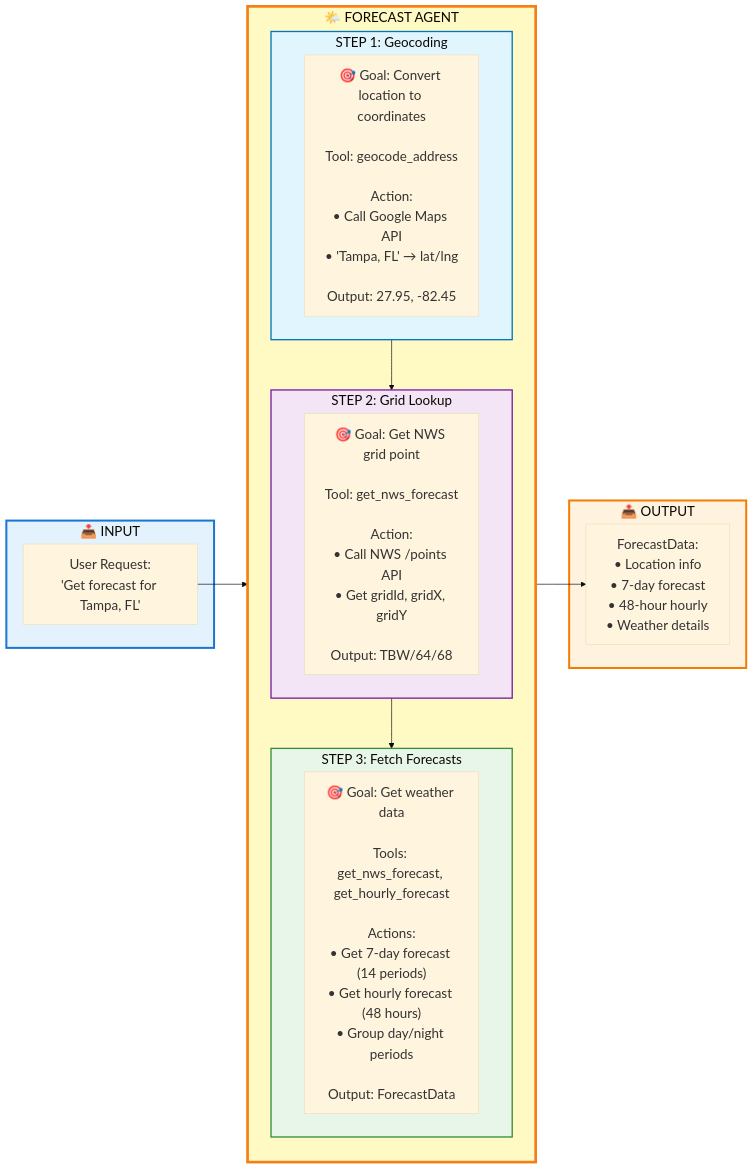
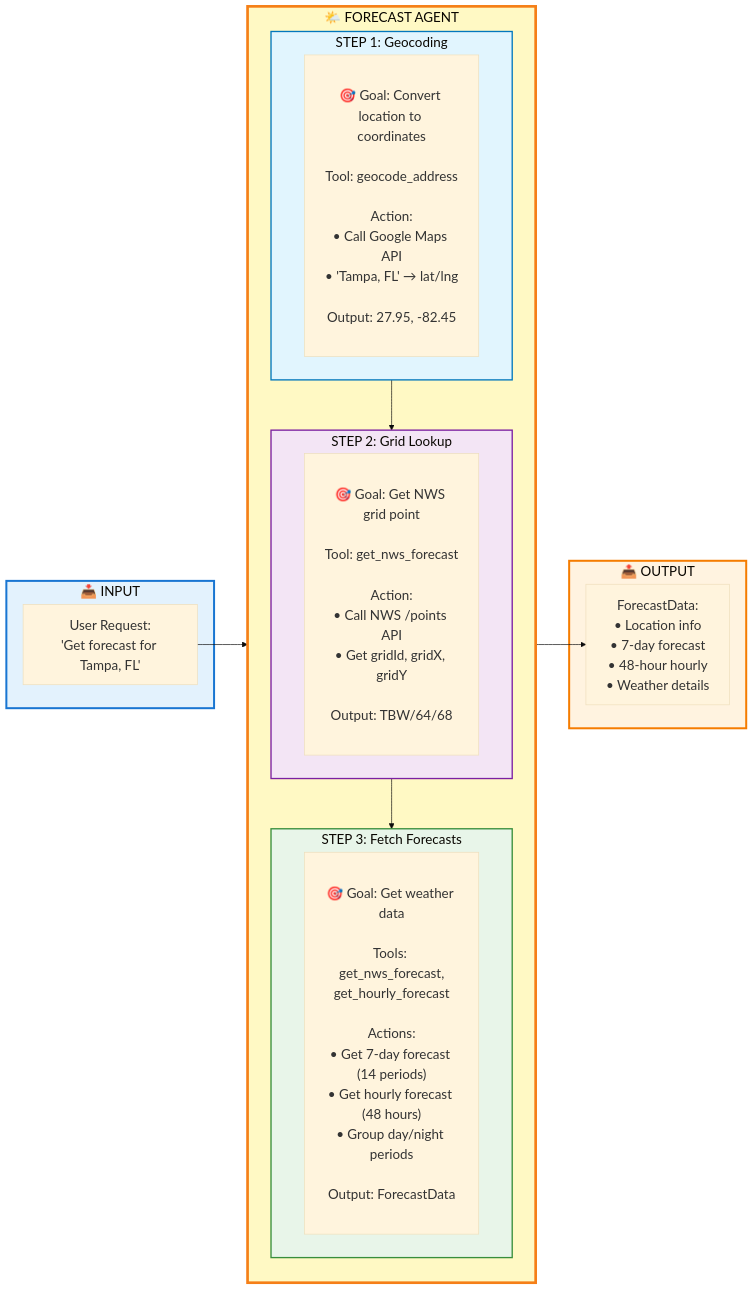
One commit to andersondang/weather_insights_and_forecase_advisor changed the first of 2 diagrams in FLOW_FORECAST_LOOKUP.md. Above: the diagram before and after it, drawn with Mermaid. The commit also changed 5 other files, not shown here.

Commit message:
Added flow documents for all 6 agents with improved diagram block heights

````diff
--- a/FLOW_FORECAST_LOOKUP.md
+++ b/FLOW_FORECAST_LOOKUP.md
@@ -24,40 +24,40 @@
 ```mermaid
 %%{init: {'theme':'base', 'themeVariables': { 'fontSize':'20px', 'fontFamily':'arial'}}}%%
 graph LR
     subgraph Input["📥 INPUT"]
         UserRequest["User Request:<br/>'Get forecast for Tampa, FL'"]
     end
     
     subgraph ForecastAgent["🌤️ FORECAST AGENT"]
         direction TB
         
         subgraph Step1["STEP 1: Geocoding"]
-            Geocode["🎯 Goal: Convert location to coordinates<br/><br/>Tool: geocode_address<br/><br/>Action:<br/>• Call Google Maps API<br/>• 'Tampa, FL' → lat/lng<br/><br/>Output: 27.95, -82.45"]
+            Geocode["<br/>🎯 Goal: Convert location to coordinates<br/><br/>Tool: geocode_address<br/><br/>Action:<br/>• Call Google Maps API<br/>• 'Tampa, FL' → lat/lng<br/><br/>Output: 27.95, -82.45<br/><br/>"]
         end
         
         subgraph Step2["STEP 2: Grid Lookup"]
-            Grid["🎯 Goal: Get NWS grid point<br/><br/>Tool: get_nws_forecast<br/><br/>Action:<br/>• Call NWS /points API<br/>• Get gridId, gridX, gridY<br/><br/>Output: TBW/64/68"]
+            Grid["<br/>🎯 Goal: Get NWS grid point<br/><br/>Tool: get_nws_forecast<br/><br/>Action:<br/>• Call NWS /points API<br/>• Get gridId, gridX, gridY<br/><br/>Output: TBW/64/68<br/><br/>"]
         end
         
         subgraph Step3["STEP 3: Fetch Forecasts"]
-            Fetch["🎯 Goal: Get weather data<br/><br/>Tools: get_nws_forecast, get_hourly_forecast<br/><br/>Actions:<br/>• Get 7-day forecast (14 periods)<br/>• Get hourly forecast (48 hours)<br/>• Group day/night periods<br/><br/>Output: ForecastData"]
+            Fetch["<br/>🎯 Goal: Get weather data<br/><br/>Tools: get_nws_forecast,<br/>get_hourly_forecast<br/><br/>Actions:<br/>• Get 7-day forecast (14 periods)<br/>• Get hourly forecast (48 hours)<br/>• Group day/night periods<br/><br/>Output: ForecastData<br/><br/>"]
         end
         
         Step1 --> Step2
         Step2 --> Step3
     end
     
     subgraph Output["📤 OUTPUT"]
         Response["ForecastData:<br/>• Location info<br/>• 7-day forecast<br/>• 48-hour hourly<br/>• Weather details"]
     end
     
     UserRequest --> Step1
     Step3 --> Response
     
     style Input fill:#e3f2fd,stroke:#1976d2,stroke-width:3px
     style ForecastAgent fill:#fff9c4,stroke:#f57f17,stroke-width:4px
     style Step1 fill:#e1f5fe,stroke:#0277bd,stroke-width:2px
     style Step2 fill:#f3e5f5,stroke:#7b1fa2,stroke-width:2px
     style Step3 fill:#e8f5e9,stroke:#388e3c,stroke-width:2px
     style Output fill:#fff3e0,stroke:#f57c00,stroke-width:3px
 ```
````
